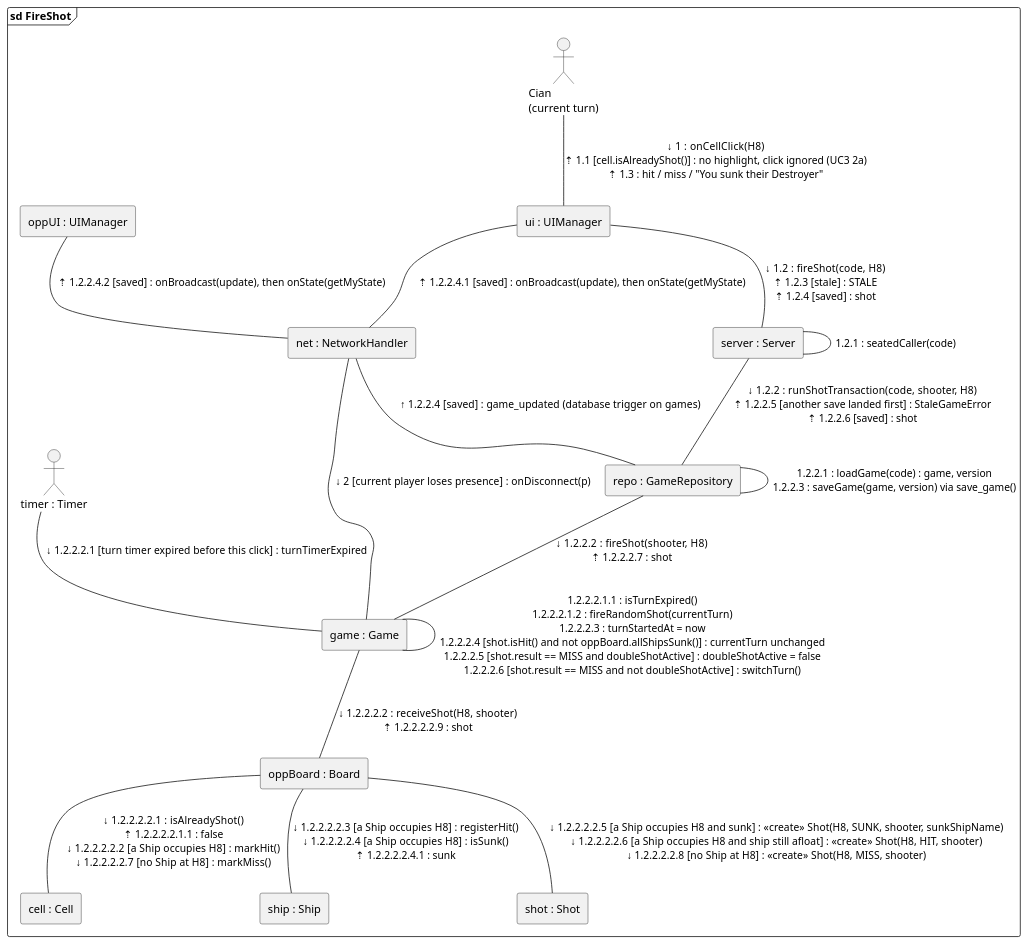
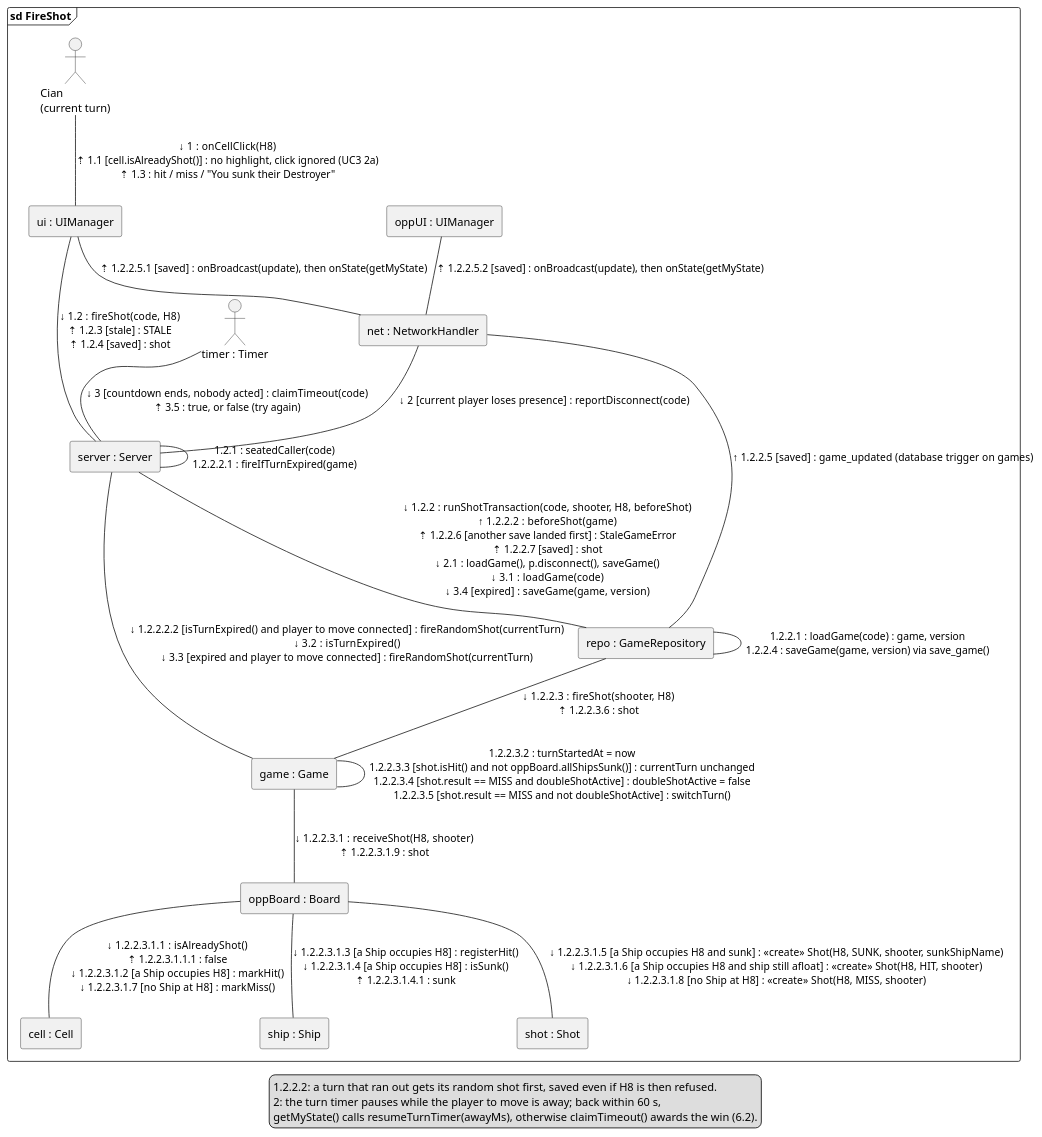
One commit to queeeety/battleship-online changed the diagram in docs/uml/communication/fire-shot.puml. Above: the diagram before and after it, drawn with PlantUML. The commit also changed 10 other files, not shown here.

Commit message:
Stage 6 UML's updated

```diff
--- a/docs/uml/communication/fire-shot.puml
+++ b/docs/uml/communication/fire-shot.puml
@@ -1,32 +1,38 @@
 @startuml 6_3_FireShot_CommunicationDiagram
 frame "sd FireShot" {
   actor "Cian\n(current turn)" as Player
   rectangle "ui : UIManager" as UI
   rectangle "oppUI : UIManager" as OppUI
   actor "timer : Timer" as Timer
   rectangle "server : Server" as Server
   rectangle "repo : GameRepository" as Repo
   rectangle "net : NetworkHandler" as Net
   rectangle "game : Game" as Game
   rectangle "oppBoard : Board" as Board
   rectangle "cell : Cell" as Cell
   rectangle "ship : Ship" as Ship
   rectangle "shot : Shot" as Shot
   Player -down- UI : ↓ 1 : onCellClick(H8)\n⇡ 1.1 [cell.isAlreadyShot()] : no highlight, click ignored (UC3 2a)\n⇡ 1.3 : hit / miss / &#34;You sunk their Destroyer&#34;
-  UI -down- Net : ⇡ 1.2.2.4.1 [saved] : onBroadcast(update), then onState(getMyState)
-  OppUI -down- Net : ⇡ 1.2.2.4.2 [saved] : onBroadcast(update), then onState(getMyState)
+  UI -down- Net : ⇡ 1.2.2.5.1 [saved] : onBroadcast(update), then onState(getMyState)
+  OppUI -down- Net : ⇡ 1.2.2.5.2 [saved] : onBroadcast(update), then onState(getMyState)
   UI -down- Server : ↓ 1.2 : fireShot(code, H8)\n⇡ 1.2.3 [stale] : STALE\n⇡ 1.2.4 [saved] : shot
-  Server -- Server : 1.2.1 : seatedCaller(code)
-  Server -down- Repo : ↓ 1.2.2 : runShotTransaction(code, shooter, H8)\n⇡ 1.2.2.5 [another save landed first] : StaleGameError\n⇡ 1.2.2.6 [saved] : shot
-  Repo -- Repo : 1.2.2.1 : loadGame(code) : game, version\n1.2.2.3 : saveGame(game, version) via save_game()
-  Net -down- Repo : ↑ 1.2.2.4 [saved] : game_updated (database trigger on games)
-  Net -down- Game : ↓ 2 [current player loses presence] : onDisconnect(p)
-  Repo -down- Game : ↓ 1.2.2.2 : fireShot(shooter, H8)\n⇡ 1.2.2.2.7 : shot
-  Timer -down- Game : ↓ 1.2.2.2.1 [turn timer expired before this click] : turnTimerExpired
-  Game -- Game : 1.2.2.2.1.1 : isTurnExpired()\n1.2.2.2.1.2 : fireRandomShot(currentTurn)\n1.2.2.2.3 : turnStartedAt = now\n1.2.2.2.4 [shot.isHit() and not oppBoard.allShipsSunk()] : currentTurn unchanged\n1.2.2.2.5 [shot.result == MISS and doubleShotActive] : doubleShotActive = false\n1.2.2.2.6 [shot.result == MISS and not doubleShotActive] : switchTurn()
-  Game -down- Board : ↓ 1.2.2.2.2 : receiveShot(H8, shooter)\n⇡ 1.2.2.2.2.9 : shot
-  Board -down- Cell : ↓ 1.2.2.2.2.1 : isAlreadyShot()\n⇡ 1.2.2.2.2.1.1 : false\n↓ 1.2.2.2.2.2 [a Ship occupies H8] : markHit()\n↓ 1.2.2.2.2.7 [no Ship at H8] : markMiss()
-  Board -down- Ship : ↓ 1.2.2.2.2.3 [a Ship occupies H8] : registerHit()\n↓ 1.2.2.2.2.4 [a Ship occupies H8] : isSunk()\n⇡ 1.2.2.2.2.4.1 : sunk
-  Board -down- Shot : ↓ 1.2.2.2.2.5 [a Ship occupies H8 and sunk] : <<create>> Shot(H8, SUNK, shooter, sunkShipName)\n↓ 1.2.2.2.2.6 [a Ship occupies H8 and ship still afloat] : <<create>> Shot(H8, HIT, shooter)\n↓ 1.2.2.2.2.8 [no Ship at H8] : <<create>> Shot(H8, MISS, shooter)
+  Server -- Server : 1.2.1 : seatedCaller(code)\n1.2.2.2.1 : fireIfTurnExpired(game)
+  Server -down- Repo : ↓ 1.2.2 : runShotTransaction(code, shooter, H8, beforeShot)\n↑ 1.2.2.2 : beforeShot(game)\n⇡ 1.2.2.6 [another save landed first] : StaleGameError\n⇡ 1.2.2.7 [saved] : shot\n↓ 2.1 : loadGame(), p.disconnect(), saveGame()\n↓ 3.1 : loadGame(code)\n↓ 3.4 [expired] : saveGame(game, version)
+  Repo -- Repo : 1.2.2.1 : loadGame(code) : game, version\n1.2.2.4 : saveGame(game, version) via save_game()
+  Net -down- Repo : ↑ 1.2.2.5 [saved] : game_updated (database trigger on games)
+  Net -down- Server : ↓ 2 [current player loses presence] : reportDisconnect(code)
+  Timer -down- Server : ↓ 3 [countdown ends, nobody acted] : claimTimeout(code)\n⇡ 3.5 : true, or false (try again)
+  Server -down- Game : ↓ 1.2.2.2.2 [isTurnExpired() and player to move connected] : fireRandomShot(currentTurn)\n↓ 3.2 : isTurnExpired()\n↓ 3.3 [expired and player to move connected] : fireRandomShot(currentTurn)
+  Repo -down- Game : ↓ 1.2.2.3 : fireShot(shooter, H8)\n⇡ 1.2.2.3.6 : shot
+  Game -- Game : 1.2.2.3.2 : turnStartedAt = now\n1.2.2.3.3 [shot.isHit() and not oppBoard.allShipsSunk()] : currentTurn unchanged\n1.2.2.3.4 [shot.result == MISS and doubleShotActive] : doubleShotActive = false\n1.2.2.3.5 [shot.result == MISS and not doubleShotActive] : switchTurn()
+  Game -down- Board : ↓ 1.2.2.3.1 : receiveShot(H8, shooter)\n⇡ 1.2.2.3.1.9 : shot
+  Board -down- Cell : ↓ 1.2.2.3.1.1 : isAlreadyShot()\n⇡ 1.2.2.3.1.1.1 : false\n↓ 1.2.2.3.1.2 [a Ship occupies H8] : markHit()\n↓ 1.2.2.3.1.7 [no Ship at H8] : markMiss()
+  Board -down- Ship : ↓ 1.2.2.3.1.3 [a Ship occupies H8] : registerHit()\n↓ 1.2.2.3.1.4 [a Ship occupies H8] : isSunk()\n⇡ 1.2.2.3.1.4.1 : sunk
+  Board -down- Shot : ↓ 1.2.2.3.1.5 [a Ship occupies H8 and sunk] : <<create>> Shot(H8, SUNK, shooter, sunkShipName)\n↓ 1.2.2.3.1.6 [a Ship occupies H8 and ship still afloat] : <<create>> Shot(H8, HIT, shooter)\n↓ 1.2.2.3.1.8 [no Ship at H8] : <<create>> Shot(H8, MISS, shooter)
 }
+legend bottom
+  1.2.2.2: a turn that ran out gets its random shot first, saved even if H8 is then refused.
+  2: the turn timer pauses while the player to move is away; back within 60 s,
+  getMyState() calls resumeTurnTimer(awayMs), otherwise claimTimeout() awards the win (6.2).
+endlegend
 @enduml
```
